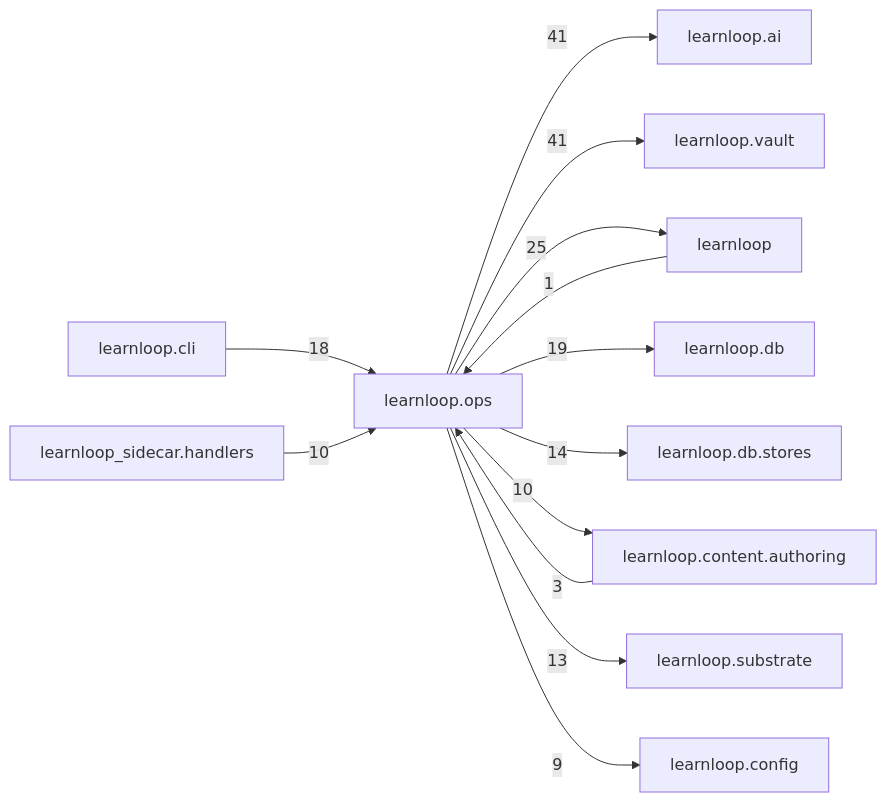
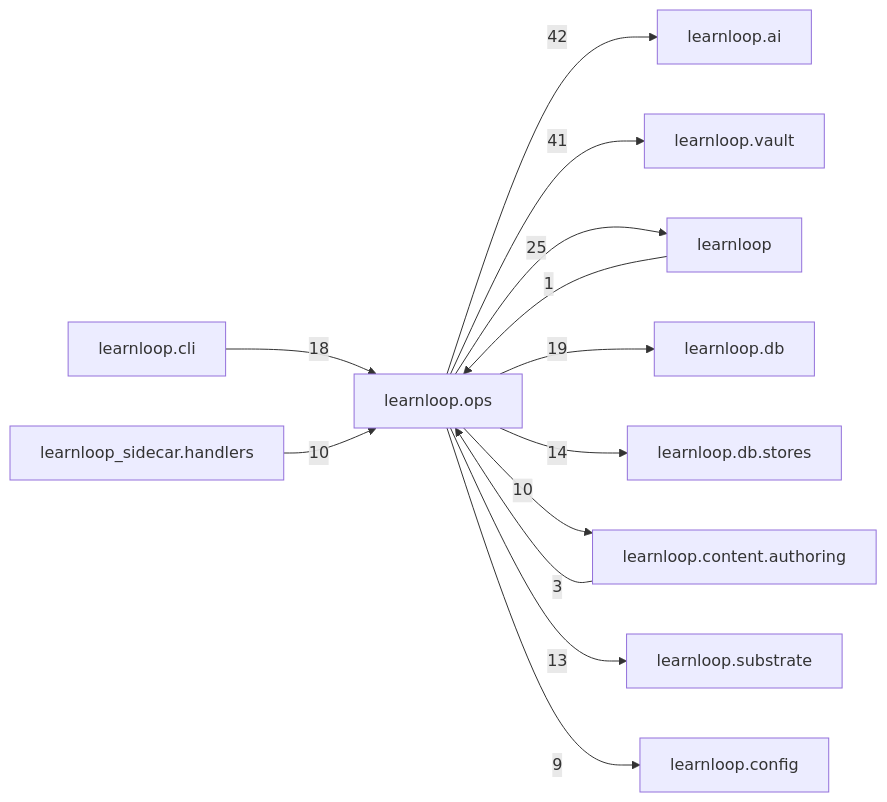
One commit to 6up-b/learnanything changed the diagram in docs/learnloop-architecture-vault/Reference/Modules/learnloop/ops/_package.md. Above: the diagram before and after it, drawn with Mermaid. The commit also changed other lines of this file and 85 other files, not shown here.

````diff
--- a/docs/learnloop-architecture-vault/Reference/Modules/learnloop/ops/_package.md
+++ b/docs/learnloop-architecture-vault/Reference/Modules/learnloop/ops/_package.md
@@ -148,26 +148,26 @@
 ```mermaid
 flowchart LR
     center["learnloop.ops"]
     n_learnloop_ai["learnloop.ai"]
     n_learnloop_vault["learnloop.vault"]
     n_learnloop["learnloop"]
     n_learnloop_db["learnloop.db"]
     n_learnloop_cli["learnloop.cli"]
     n_learnloop_db_stores["learnloop.db.stores"]
     n_learnloop_content_authoring["learnloop.content.authoring"]
     n_learnloop_substrate["learnloop.substrate"]
     n_learnloop_sidecar_handlers["learnloop_sidecar.handlers"]
     n_learnloop_config["learnloop.config"]
-    center -->|41| n_learnloop_ai
+    center -->|42| n_learnloop_ai
     center -->|41| n_learnloop_vault
     n_learnloop -->|1| center
     center -->|25| n_learnloop
     center -->|19| n_learnloop_db
     n_learnloop_cli -->|18| center
     center -->|14| n_learnloop_db_stores
     n_learnloop_content_authoring -->|3| center
     center -->|10| n_learnloop_content_authoring
     center -->|13| n_learnloop_substrate
     n_learnloop_sidecar_handlers -->|10| center
     center -->|9| n_learnloop_config
 ```
````
